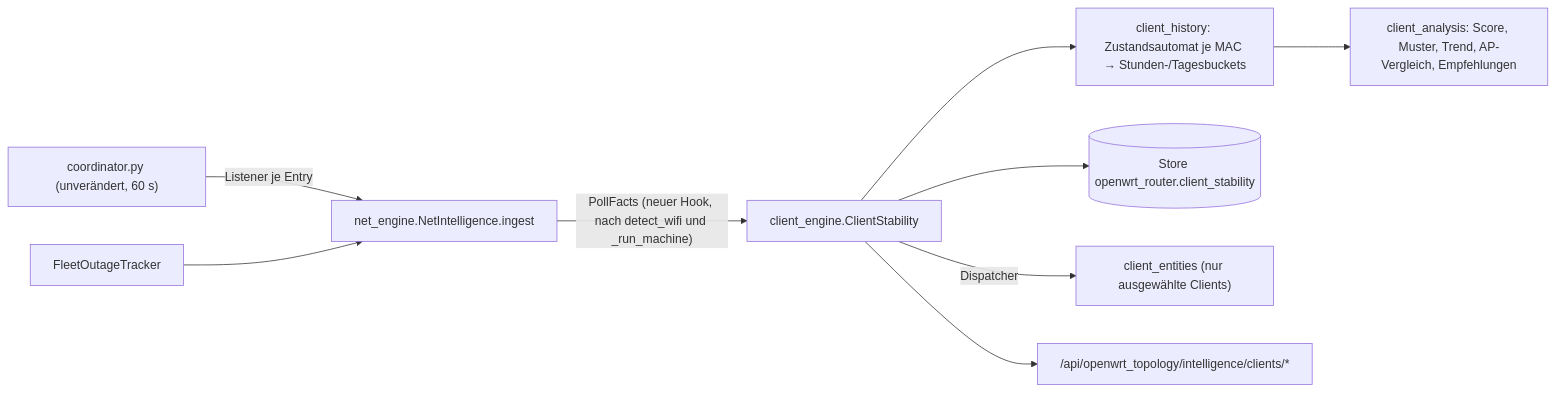
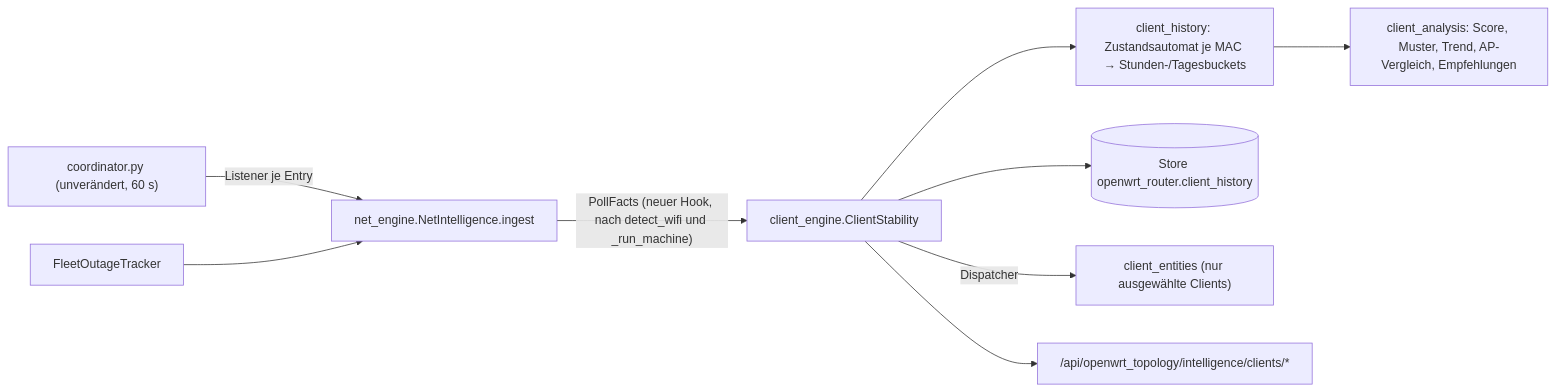
One commit to magicx78/ha-openwrt-router changed the diagram in docs/plans/2026-11-16-client-stability.md. Above: the diagram before and after it, drawn with Mermaid. The commit also changed other lines of this file, not shown here.

Commit message:
docs(clients): reconcile plan with v1.36 client_stability, live rate unit

````diff
--- a/docs/plans/2026-11-16-client-stability.md
+++ b/docs/plans/2026-11-16-client-stability.md
@@ -76,11 +159,11 @@
 ```mermaid
 flowchart LR
   C["coordinator.py (unverändert, 60 s)"] -->|Listener je Entry| E["net_engine.NetIntelligence.ingest"]
   E -->|"PollFacts (neuer Hook, nach detect_wifi und _run_machine)"| CS["client_engine.ClientStability"]
   F["FleetOutageTracker"] --> E
   CS --> M["client_history: Zustandsautomat je MAC → Stunden-/Tagesbuckets"]
   M --> A["client_analysis: Score, Muster, Trend, AP-Vergleich, Empfehlungen"]
-  CS --> S[("Store openwrt_router.client_stability")]
+  CS --> S[("Store openwrt_router.client_history")]
   CS -->|Dispatcher| N["client_entities (nur ausgewählte Clients)"]
   CS --> P["/api/openwrt_topology/intelligence/clients/*"]
 ```
````
